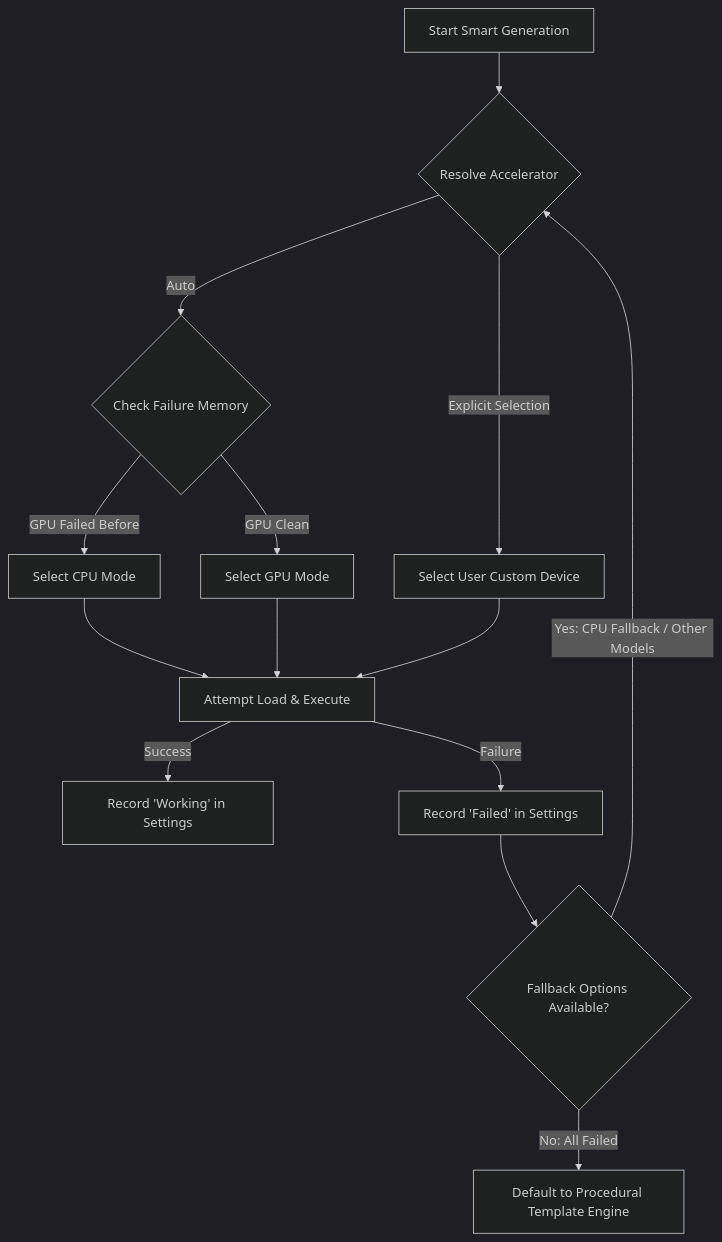
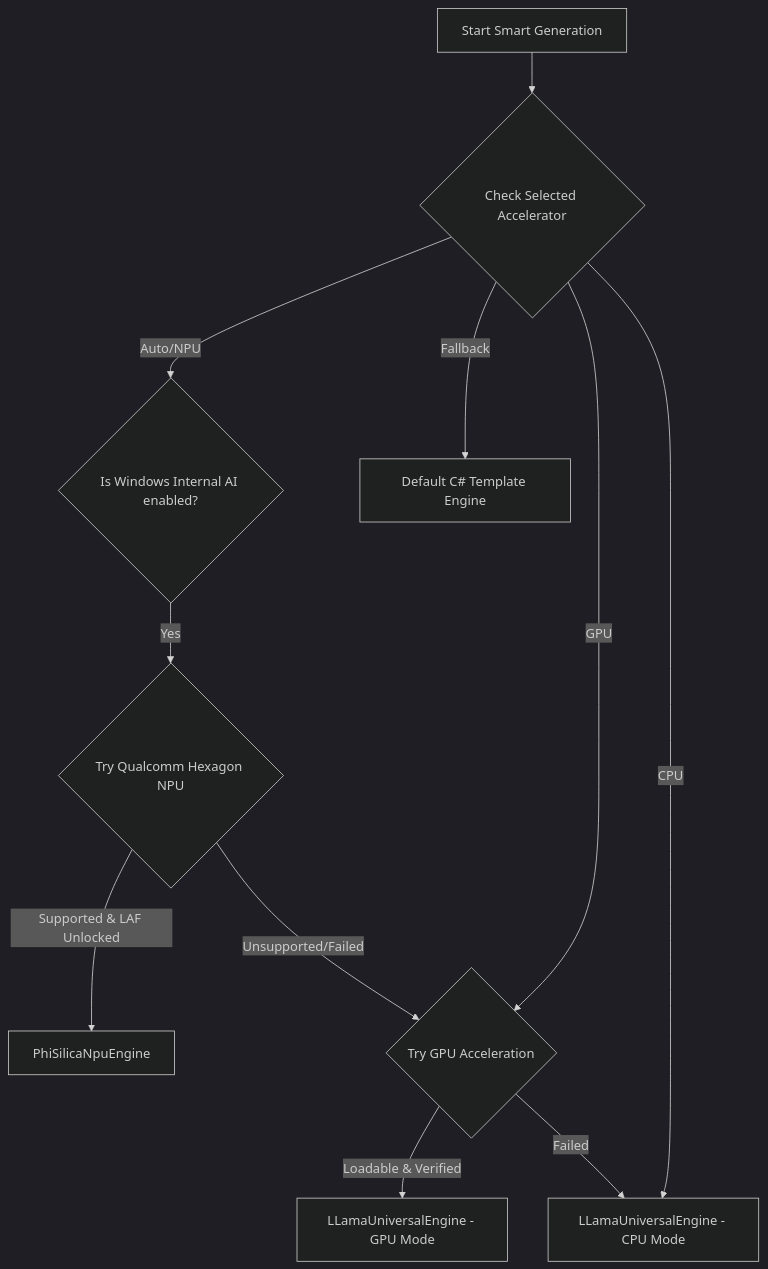
The diagram in Docs/Features/Smart/Smart.md (intellidream/Daily), drawn with Mermaid (dark theme) before and after one commit. The commit also changed other lines of this file and 12 other files, not shown here.

Commit message:
Moved to LlamaSharp and got MS LAF token

````diff
--- a/Docs/Features/Smart/Smart.md
+++ b/Docs/Features/Smart/Smart.md
@@ -85,18 +82,15 @@
 ```mermaid
 graph TD
-    A[Start Smart Generation] --> B{Resolve Accelerator}
-    B -- Auto --> C{Check Failure Memory}
-    C -- GPU Failed Before --> D[Select CPU Mode]
-    C -- GPU Clean --> E[Select GPU Mode]
-    B -- Explicit Selection --> F[Select User Custom Device]
+    A[Start Smart Generation] --> B{Check Selected Accelerator}
+    B -- Auto/NPU --> C{Is Windows Internal AI enabled?}
+    C -- Yes --> D{Try Qualcomm Hexagon NPU}
+    D -- Supported & LAF Unlocked --> E[PhiSilicaNpuEngine]
+    D -- Unsupported/Failed --> F{Try GPU Acceleration}
     
-    D --> G[Attempt Load & Execute]
-    E --> G
-    F --> G
+    B -- GPU --> F
+    F -- Loadable & Verified --> G[LLamaUniversalEngine - GPU Mode]
+    F -- Failed --> H[LLamaUniversalEngine - CPU Mode]
     
-    G -- Success --> H[Record 'Working' in Settings]
-    G -- Failure --> I[Record 'Failed' in Settings]
-    I --> J{Fallback Options Available?}
-    J -- Yes: CPU Fallback / Other Models --> B
-    J -- No: All Failed --> K[Default to Procedural Template Engine]
+    B -- CPU --> H
+    B -- Fallback --> I[Default C# Template Engine]
 ```
````
